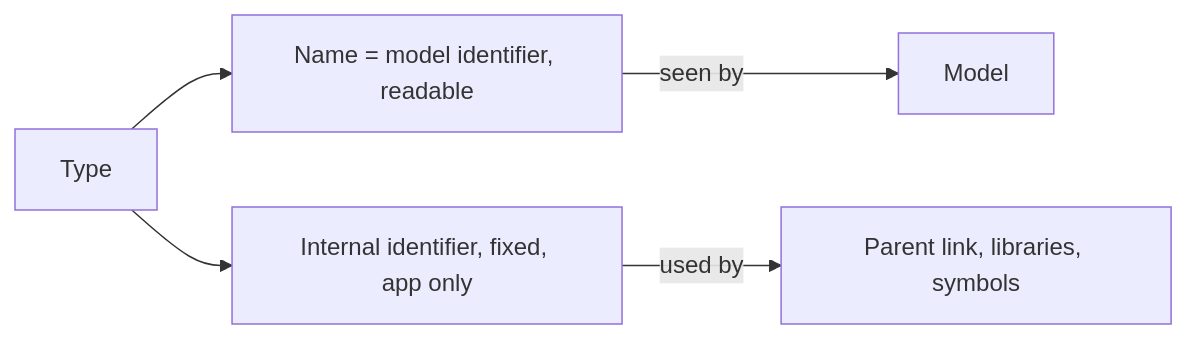
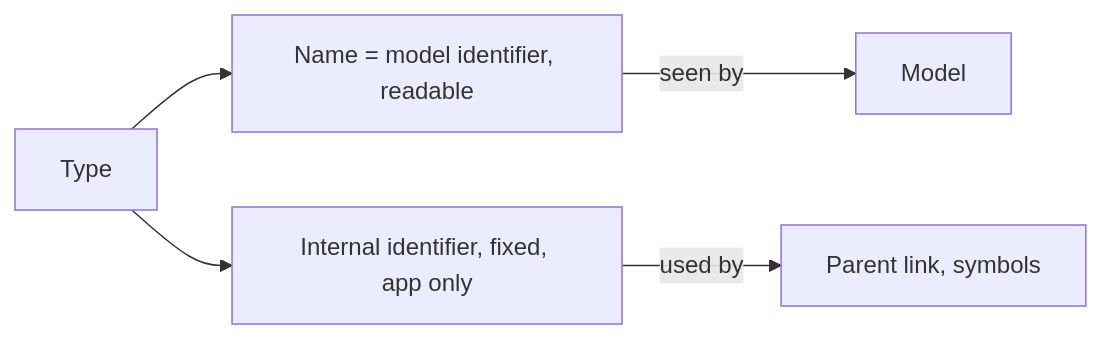
Before and after one commit to AlexandreGallais/synoptic-studio-spec: the second of 6 diagrams in metadata/01-types.md, drawn with Mermaid. The commit also changed other lines of this file and 20 other files, not shown here.

````diff
--- a/metadata/01-types.md
+++ b/metadata/01-types.md
@@ -24,7 +24,7 @@
 ```mermaid
 flowchart LR
     T[Type] --> N["Name = model identifier, readable"]
     T --> I["Internal identifier, fixed, app only"]
     N -->|"seen by"| M[Model]
-    I -->|"used by"| A["Parent link, libraries, symbols"]
+    I -->|"used by"| A["Parent link, symbols"]
 ```
````
